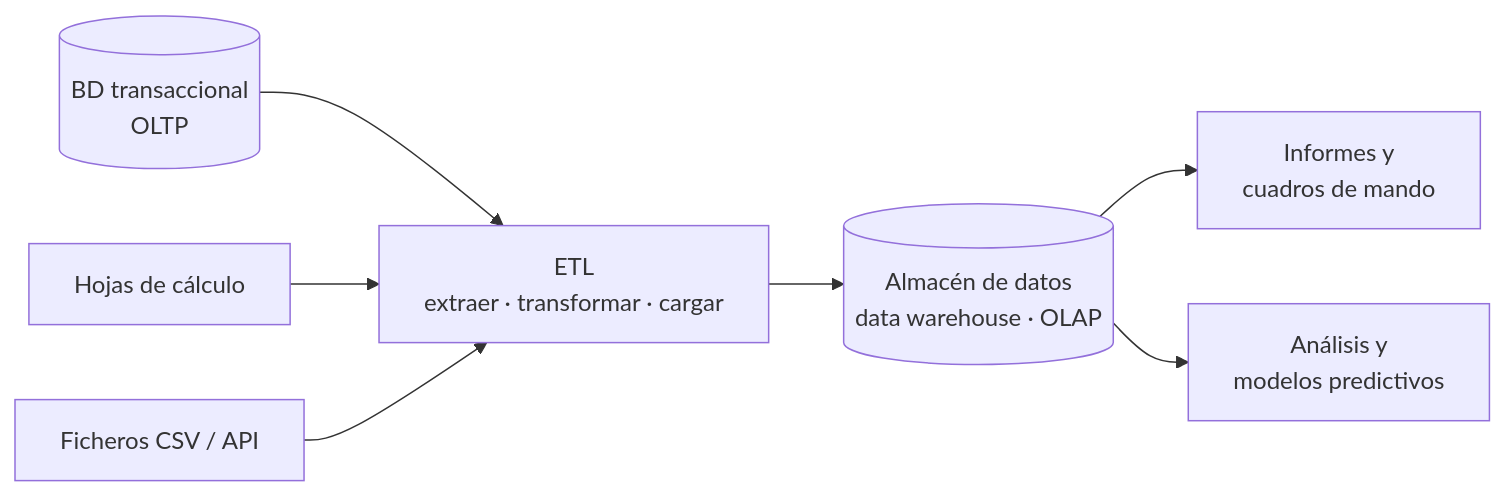
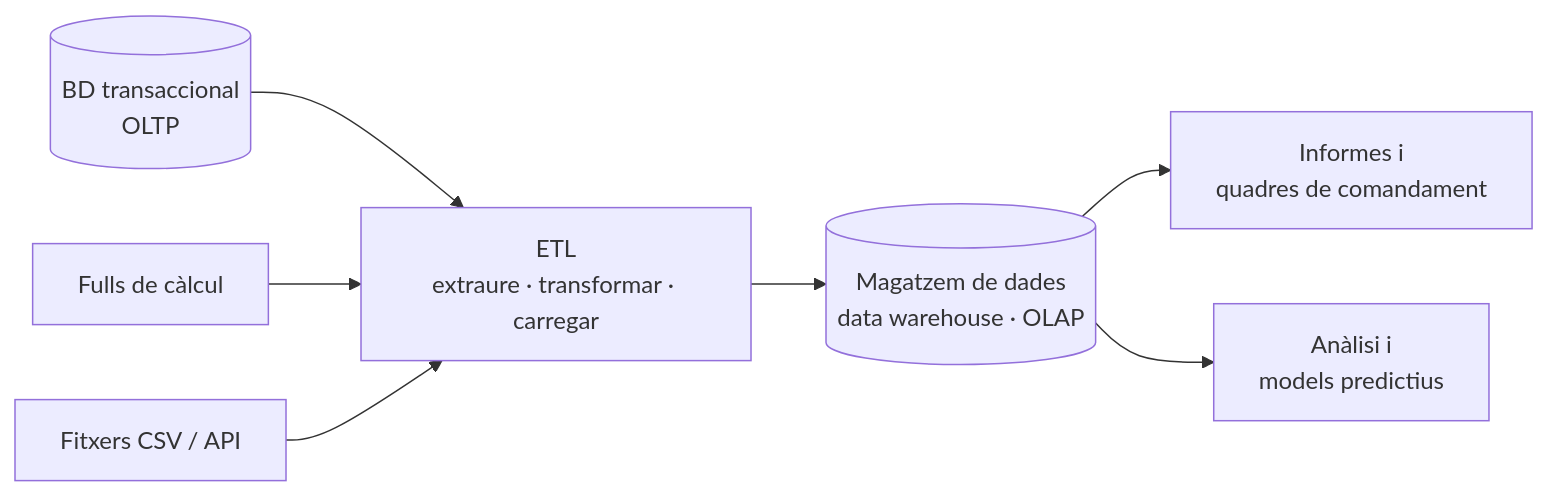
Before and after one commit to LorenaLResusta/BBDD: the third of 3 diagrams in content.es/ud01-introduccion/ud01-teoria.md, drawn with Mermaid. The commit also changed other lines of this file and 13 other files, not shown here.

````diff
--- a/content.es/ud01-introduccion/ud01-teoria.md
+++ b/content.es/ud01-introduccion/ud01-teoria.md
@@ -778,9 +778,9 @@
 ```mermaid
 flowchart LR
-    A[(BD transaccional<br/>OLTP)] --> E[ETL<br/>extraer · transformar · cargar]
-    B[Hojas de cálculo] --> E
-    C[Ficheros CSV / API] --> E
-    E --> DW[(Almacén de datos<br/>data warehouse · OLAP)]
-    DW --> R[Informes y<br/>cuadros de mando]
-    DW --> M[Análisis y<br/>modelos predictivos]
+    A[(BD transaccional<br/>OLTP)] --> E[ETL<br/>extraure · transformar · carregar]
+    B[Fulls de càlcul] --> E
+    C[Fitxers CSV / API] --> E
+    E --> DW[(Magatzem de dades<br/>data warehouse · OLAP)]
+    DW --> R[Informes i<br/>quadres de comandament]
+    DW --> M[Anàlisi i<br/>models predictius]
 ```
````
